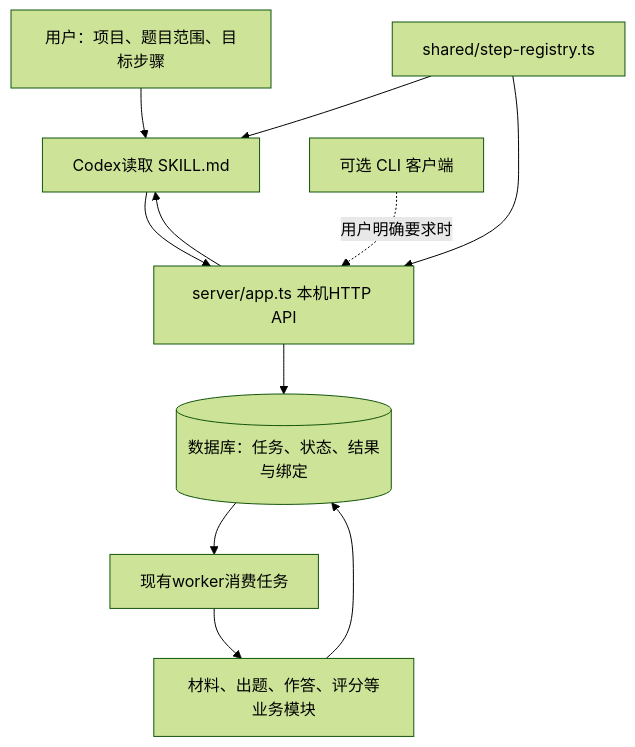
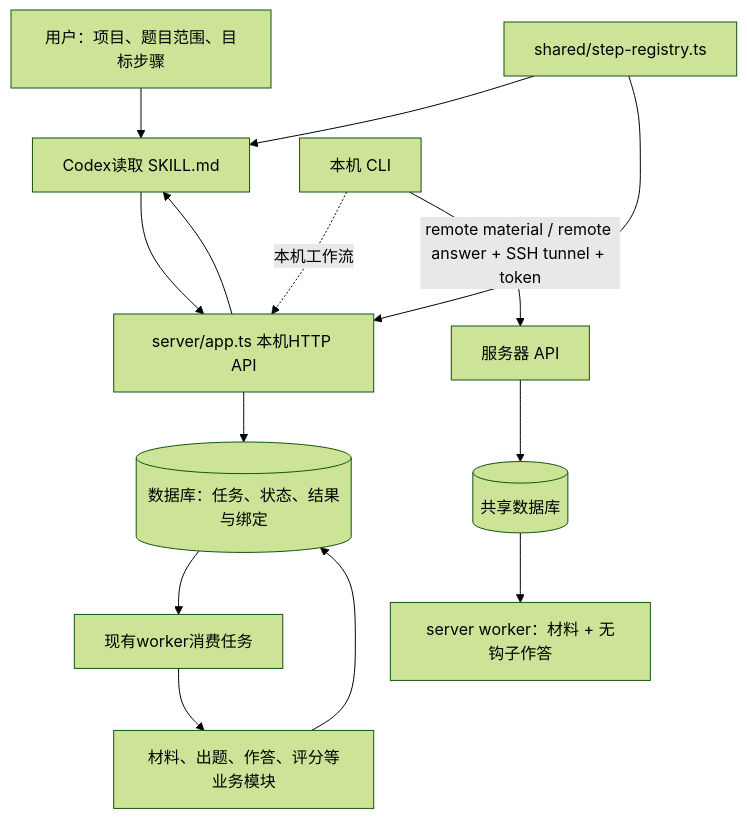
One commit to oushihao08/ai-distill changed the diagram in skill/ARCHITECTURE.md. Above: the diagram before and after it, drawn with Mermaid (forest theme). The commit also changed other lines of this file and 267 other files, not shown here.

````diff
--- a/skill/ARCHITECTURE.md
+++ b/skill/ARCHITECTURE.md
@@ -11,13 +15,16 @@
 ```mermaid
 flowchart TD
   U[用户：项目、题目范围、目标步骤] --> C[Codex读取 SKILL.md]
   C --> A[server/app.ts 本机HTTP API]
   A --> D[(数据库：任务、状态、结果与绑定)]
   D --> W[现有worker消费任务]
   W --> B[材料、出题、作答、评分等业务模块]
   B --> D
   A --> C
   R[shared/step-registry.ts] --> C
-  L[可选 CLI 客户端] -. 用户明确要求时 .-> A
+  L[本机 CLI] -. 本机工作流 .-> A
+  L -->|remote material / remote answer + SSH tunnel + token| RA[服务器 API]
+  RA --> RD[(共享数据库)]
+  RD --> RW[server worker：材料 + 无钩子作答]
   R --> A
 ```
````
